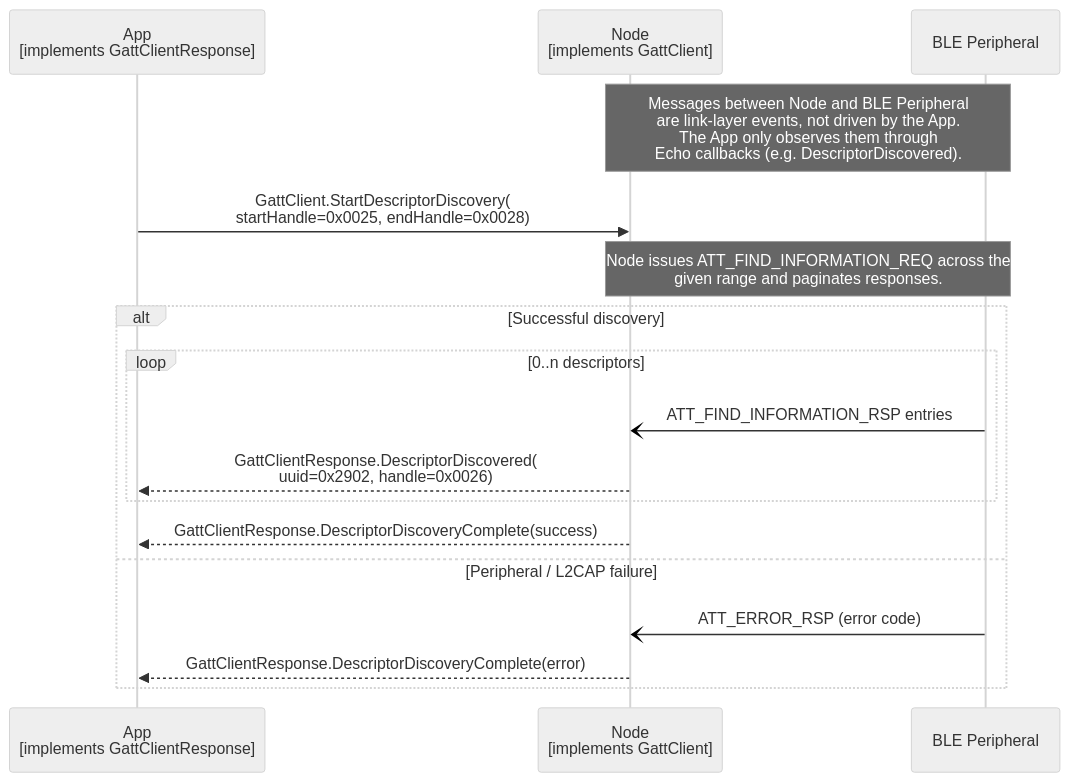
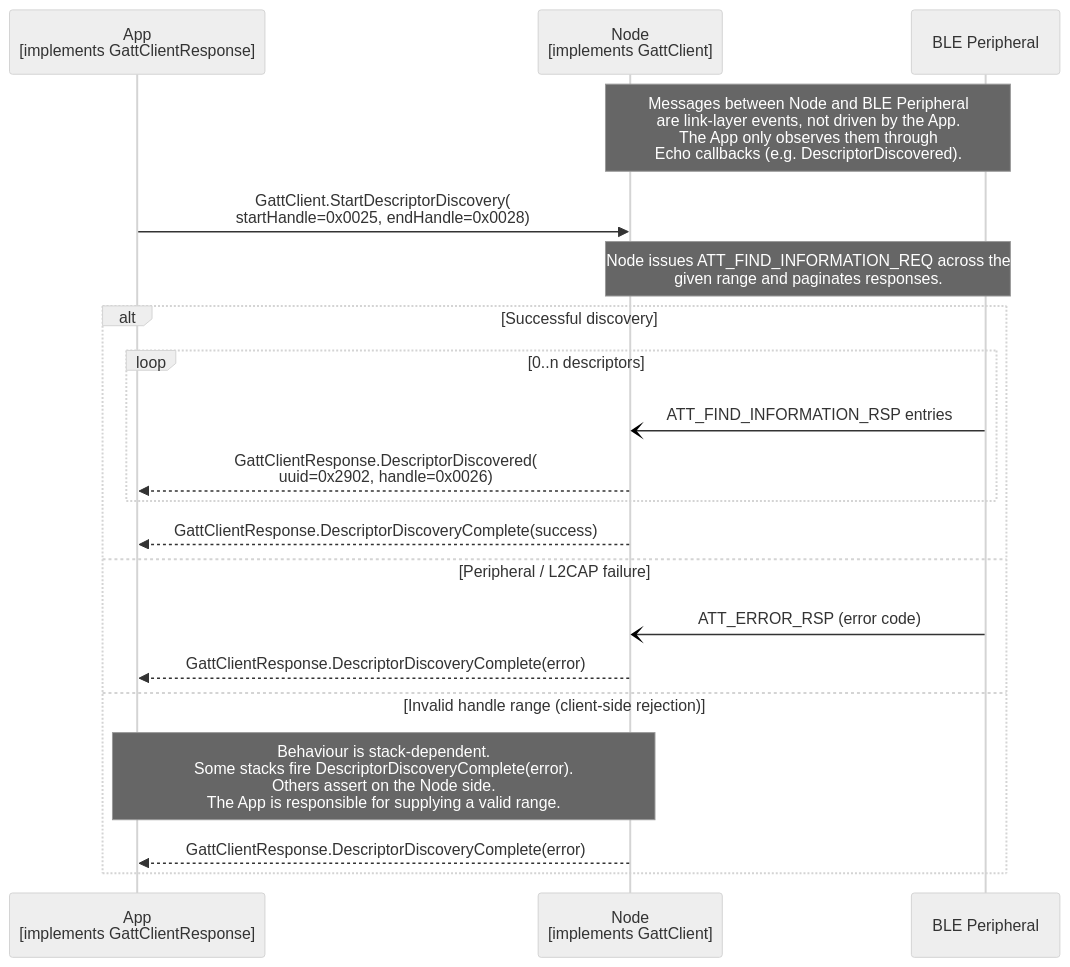
Before and after one commit to philips-software/amp-embedded-infra-lib: the diagram in documents/modules/ROOT/partials/echoservices/gatt_client/GattClient_StartDescriptorDiscovery_sequence.mmd, drawn with Mermaid (neutral theme). The commit also changed 11 other files, not shown here.

```diff
--- a/documents/modules/ROOT/partials/echoservices/gatt_client/GattClient_StartDescriptorDiscovery_sequence.mmd
+++ b/documents/modules/ROOT/partials/echoservices/gatt_client/GattClient_StartDescriptorDiscovery_sequence.mmd
@@ -1,20 +1,23 @@
 sequenceDiagram
     participant App as App<br>[implements GattClientResponse]
     participant Node as Node<br>[implements GattClient]
     participant Peripheral as BLE Peripheral
 
     Note over Node, Peripheral: Messages between Node and BLE Peripheral<br>are link-layer events, not driven by the App.<br>The App only observes them through<br>Echo callbacks (e.g. DescriptorDiscovered).
 
     App->>Node: GattClient.StartDescriptorDiscovery(<br>startHandle=0x0025, endHandle=0x0028)
     Note over Node, Peripheral: Node issues ATT_FIND_INFORMATION_REQ across the<br>given range and paginates responses.
 
     alt Successful discovery
         loop 0..n descriptors
             Peripheral-)Node: ATT_FIND_INFORMATION_RSP entries
             Node-->>App: GattClientResponse.DescriptorDiscovered(<br>uuid=0x2902, handle=0x0026)
         end
         Node-->>App: GattClientResponse.DescriptorDiscoveryComplete(success)
     else Peripheral / L2CAP failure
         Peripheral-)Node: ATT_ERROR_RSP (error code)
         Node-->>App: GattClientResponse.DescriptorDiscoveryComplete(error)
+    else Invalid handle range (client-side rejection)
+        Note over App, Node: Behaviour is stack-dependent.<br>Some stacks fire DescriptorDiscoveryComplete(error).<br>Others assert on the Node side.<br>The App is responsible for supplying a valid range.
+        Node-->>App: GattClientResponse.DescriptorDiscoveryComplete(error)
     end
```
